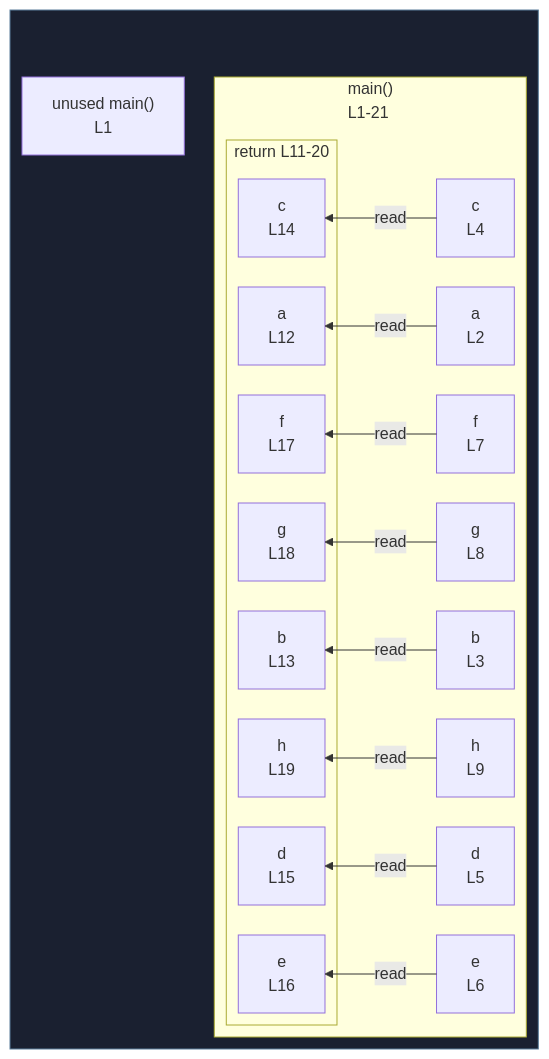
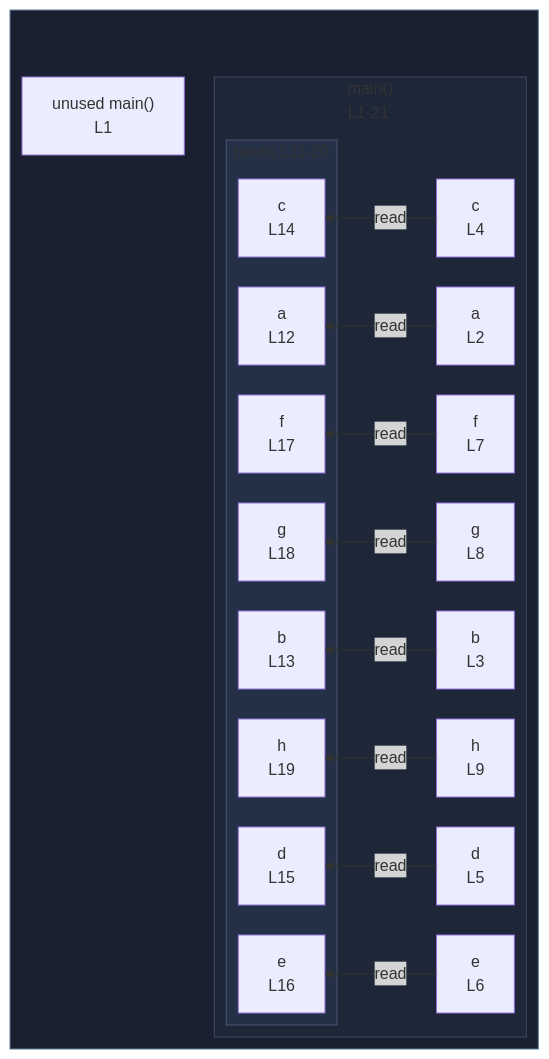
One commit to crescware/unsnarl changed the diagram in integration/fixtures/function/declaration/wide-return/preview.md. Above: the diagram before and after it, drawn with Mermaid. The commit also changed 249 other files, not shown here.

First line of the commit message:
Color Mermaid subgraphs by nesting depth via theme palette

````diff
--- a/integration/fixtures/function/declaration/wide-return/preview.md
+++ b/integration/fixtures/function/declaration/wide-return/preview.md
@@ -31,40 +31,44 @@
 ```mermaid
 %%{init: {"flowchart": {"defaultRenderer": "elk"}}}%%
 flowchart RL
   subgraph wrap_s_scope_1[" "]
     direction TB
     n_scope_0_main_9["unused main()<br/>L1"]
     subgraph s_scope_1["main()<br/>L1-21"]
       direction RL
       n_scope_1_a_26["a<br/>L2"]
       n_scope_1_b_43["b<br/>L3"]
       n_scope_1_c_60["c<br/>L4"]
       n_scope_1_d_77["d<br/>L5"]
       n_scope_1_e_94["e<br/>L6"]
       n_scope_1_f_111["f<br/>L7"]
       n_scope_1_g_128["g<br/>L8"]
       n_scope_1_h_145["h<br/>L9"]
       subgraph s_return_scope_0_main_9_157_226["return L11-20"]
         direction RL
         ret_use_ref_8["a<br/>L12"]
         ret_use_ref_9["b<br/>L13"]
         ret_use_ref_10["c<br/>L14"]
         ret_use_ref_11["d<br/>L15"]
         ret_use_ref_12["e<br/>L16"]
         ret_use_ref_13["f<br/>L17"]
         ret_use_ref_14["g<br/>L18"]
         ret_use_ref_15["h<br/>L19"]
       end
     end
   end
   n_scope_1_a_26 -->|read| ret_use_ref_8
   n_scope_1_b_43 -->|read| ret_use_ref_9
   n_scope_1_c_60 -->|read| ret_use_ref_10
   n_scope_1_d_77 -->|read| ret_use_ref_11
   n_scope_1_e_94 -->|read| ret_use_ref_12
   n_scope_1_f_111 -->|read| ret_use_ref_13
   n_scope_1_g_128 -->|read| ret_use_ref_14
   n_scope_1_h_145 -->|read| ret_use_ref_15
   classDef fnWrap fill:#1a2030,stroke:#5a7d99;
   class wrap_s_scope_1 fnWrap;
+  classDef nestL1 fill:#1e2738,stroke:#3d4a63;
+  class s_scope_1 nestL1;
+  classDef nestL2 fill:#233045,stroke:#475670;
+  class s_return_scope_0_main_9_157_226 nestL2;
 ```
````
